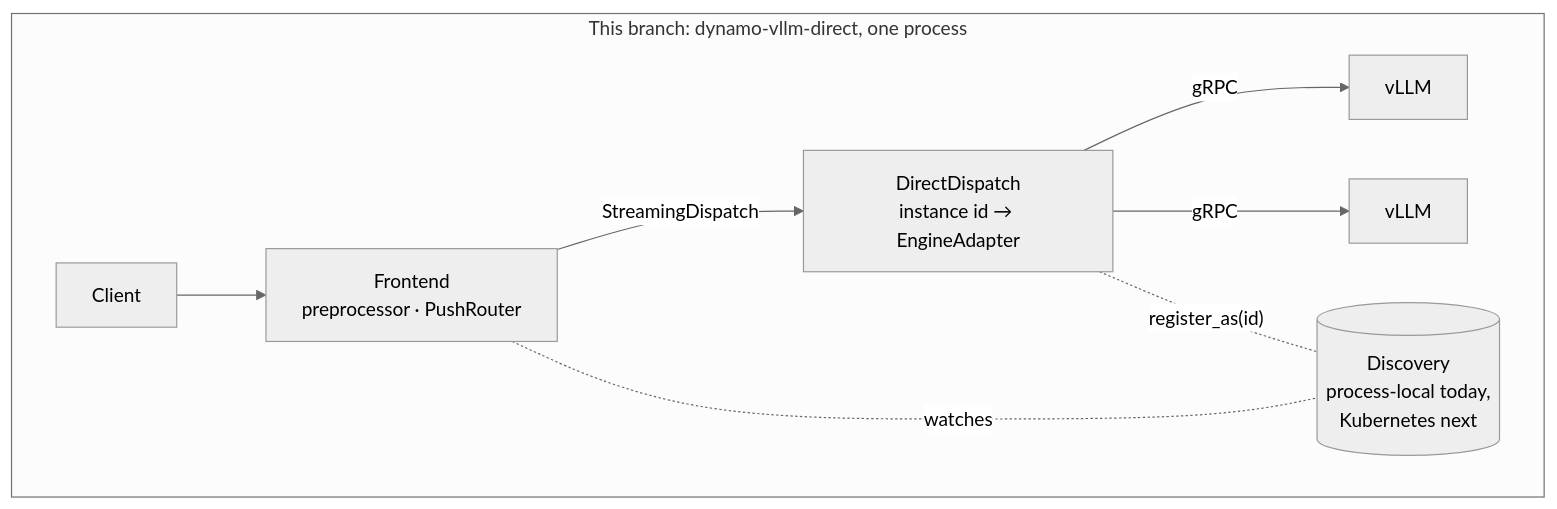
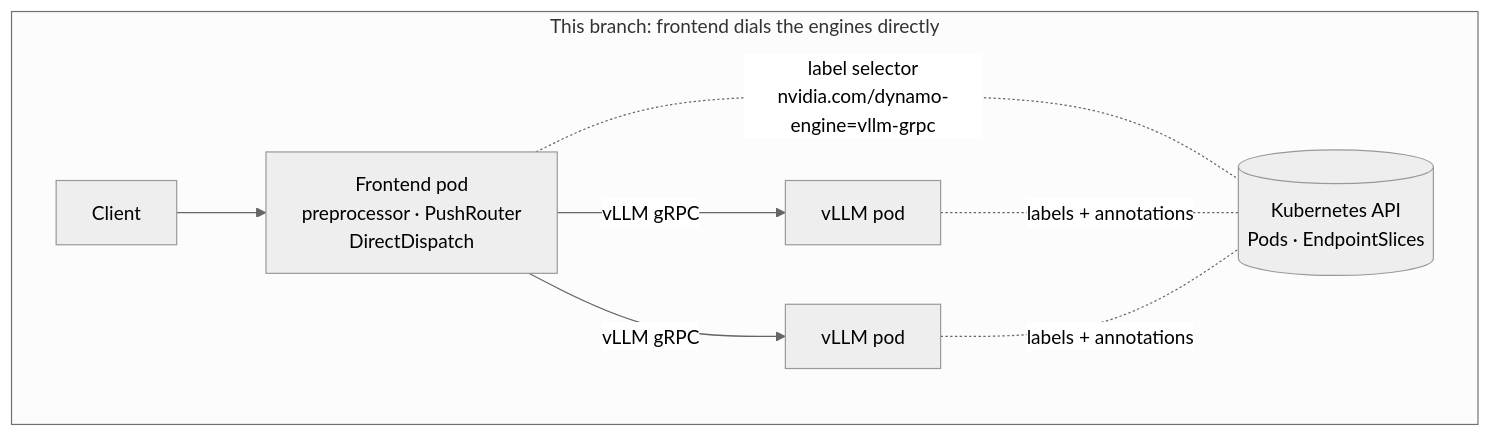
The second of 5 diagrams in lib/sidecar/vllm/DIRECT.md (nnshah1/dynamo), drawn with Mermaid (neutral theme) before and after one commit. The commit also changed other lines of this file, not shown here.

First line of the commit message:
docs(vllm-direct): separate processes, label-selector discovery, request/response path

````diff
--- a/lib/sidecar/vllm/DIRECT.md
+++ b/lib/sidecar/vllm/DIRECT.md
@@ -34,12 +36,12 @@
 ```mermaid
 flowchart LR
-    subgraph direct["This branch: dynamo-vllm-direct, one process"]
+    subgraph direct["This branch: frontend dials the engines directly"]
         direction LR
-        C2[Client] --> F2[Frontend<br/>preprocessor · PushRouter]
-        F2 -- StreamingDispatch --> D[DirectDispatch<br/>instance id → EngineAdapter]
-        D -- gRPC --> V3[vLLM]
-        D -- gRPC --> V4[vLLM]
-        F2 -. watches .- M[(Discovery<br/>process-local today,<br/>Kubernetes next)]
-        D -. register_as(id) .- M
+        C2[Client] --> F2[Frontend pod<br/>preprocessor · PushRouter<br/>DirectDispatch]
+        F2 -- vLLM gRPC --> V3[vLLM pod]
+        F2 -- vLLM gRPC --> V4[vLLM pod]
+        F2 -. "label selector<br/>nvidia.com/dynamo-engine=vllm-grpc" .- K2[(Kubernetes API<br/>Pods · EndpointSlices)]
+        V3 -. labels + annotations .- K2
+        V4 -. labels + annotations .- K2
     end
 ```
````
